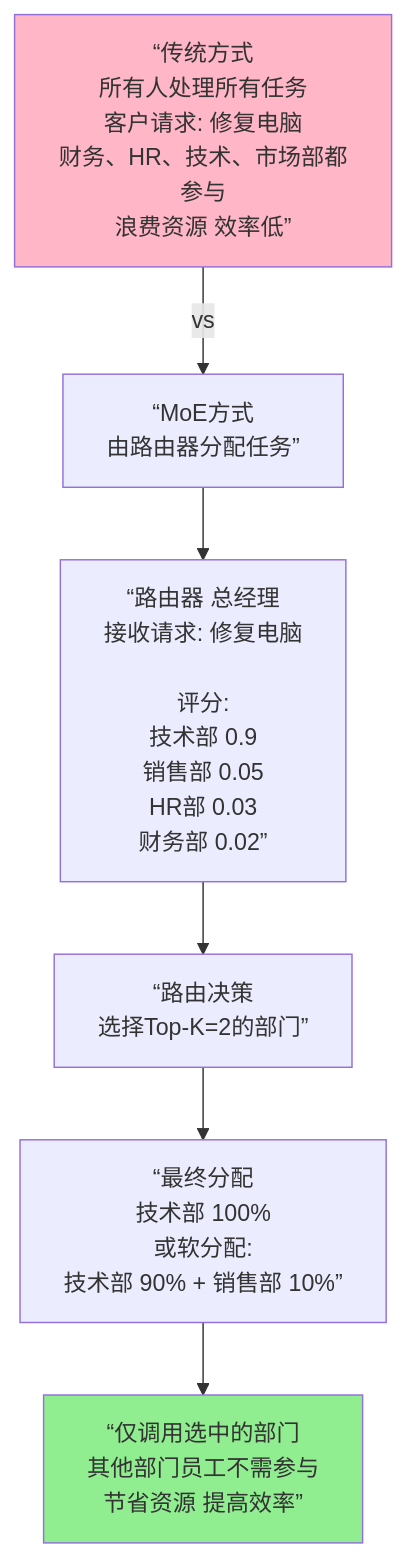
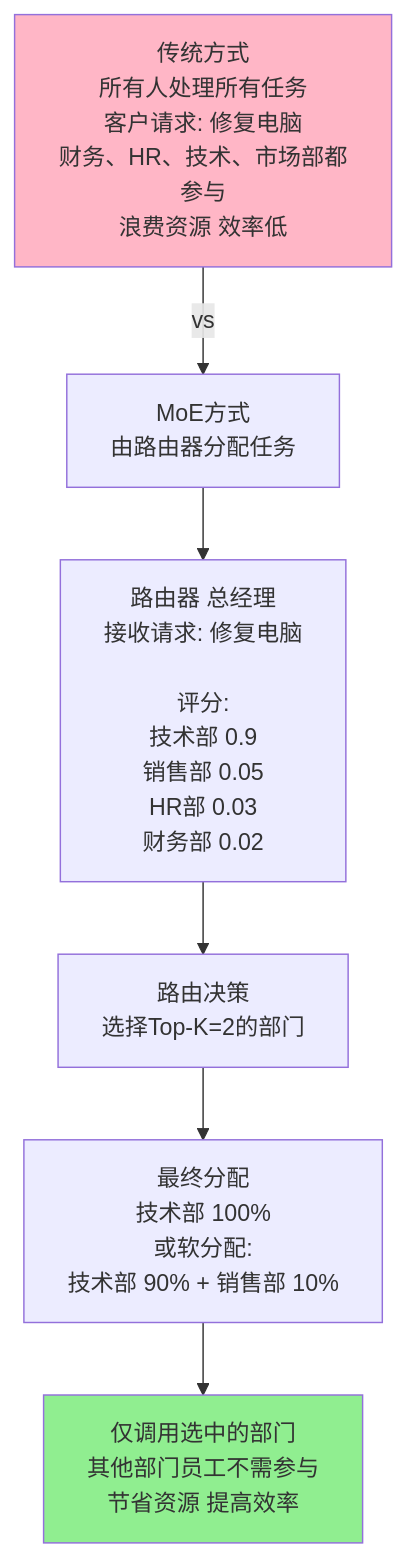
The fourth of 4 diagrams in 08_new_architectures/8.6_mla_moe_innovation.md (changsongyang/ai_beginner_guide), drawn with Mermaid before and after one commit.

Commit message:
Fix Mermaid Chinese quotes to ASCII

````diff
--- a/08_new_architectures/8.6_mla_moe_innovation.md
+++ b/08_new_architectures/8.6_mla_moe_innovation.md
@@ -196,19 +196,19 @@
 ```mermaid
 graph TD
-    A[“传统方式<br/>所有人处理所有任务<br/>客户请求: 修复电脑<br/>财务、HR、技术、市场部都参与<br/>浪费资源 效率低”]
+    A["传统方式<br/>所有人处理所有任务<br/>客户请求: 修复电脑<br/>财务、HR、技术、市场部都参与<br/>浪费资源 效率低"]
 
-    B[“MoE方式<br/>由路由器分配任务”]
+    B["MoE方式<br/>由路由器分配任务"]
 
-    B1[“路由器 总经理<br/>接收请求: 修复电脑<br/><br/>评分:<br/>技术部 0.9<br/>销售部 0.05<br/>HR部 0.03<br/>财务部 0.02”]
+    B1["路由器 总经理<br/>接收请求: 修复电脑<br/><br/>评分:<br/>技术部 0.9<br/>销售部 0.05<br/>HR部 0.03<br/>财务部 0.02"]
 
-    B2[“路由决策<br/>选择Top-K=2的部门”]
-    B3[“最终分配<br/>技术部 100%<br/>或软分配:<br/>技术部 90% + 销售部 10%”]
+    B2["路由决策<br/>选择Top-K=2的部门"]
+    B3["最终分配<br/>技术部 100%<br/>或软分配:<br/>技术部 90% + 销售部 10%"]
 
-    B4[“仅调用选中的部门<br/>其他部门员工不需参与<br/>节省资源 提高效率”]
+    B4["仅调用选中的部门<br/>其他部门员工不需参与<br/>节省资源 提高效率"]
 
     A -->|vs| B
     B --> B1 --> B2 --> B3 --> B4
 
     style A fill:#FFB6C6
     style B4 fill:#90EE90
 ```
````
